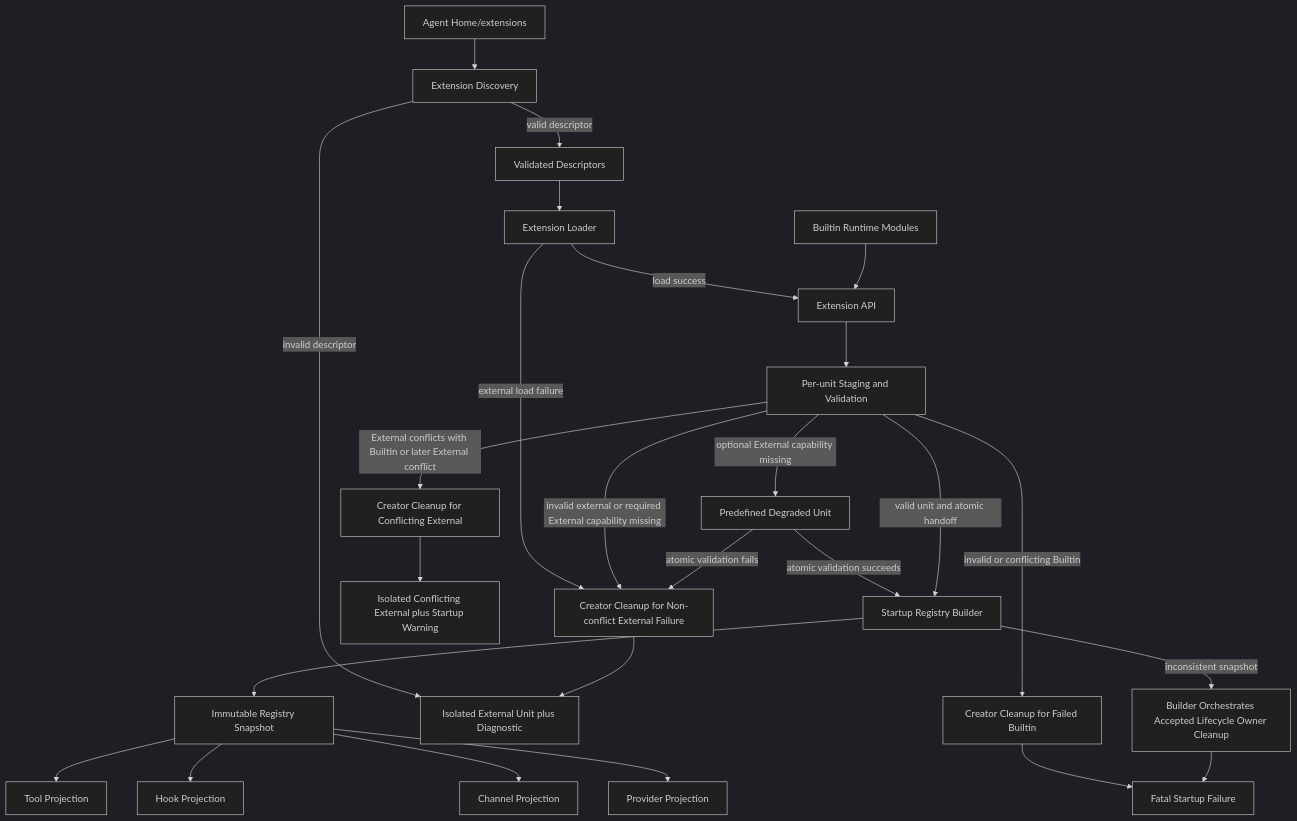
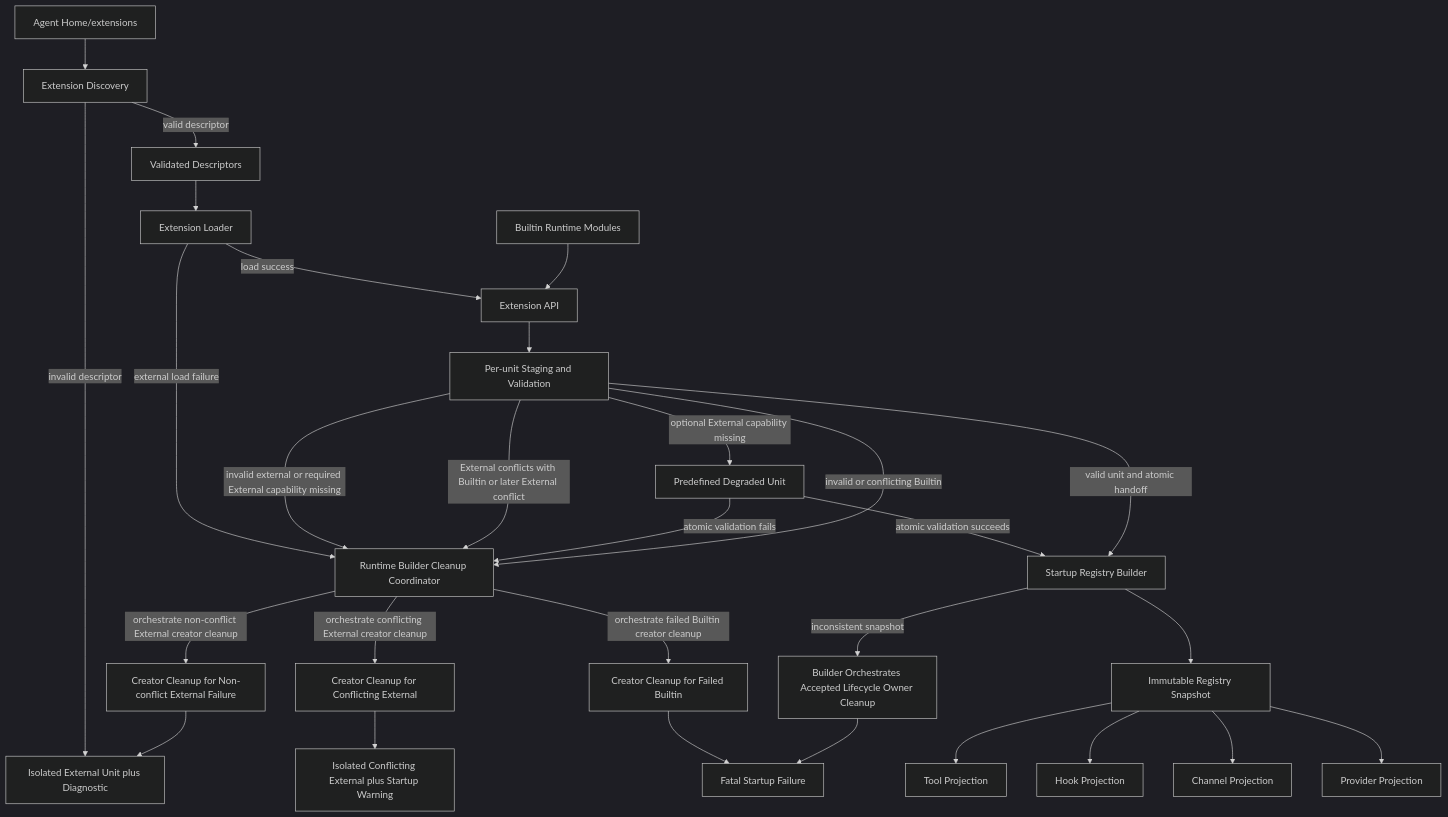
Before and after one commit to luciferwww/my-agent: the fifth of 14 diagrams in docs/architecture/target-architecture.md, drawn with Mermaid (dark theme). The commit also changed other lines of this file and 4 other files, not shown here.

Commit message:
docs: accept AF-03 target architecture

````diff
--- a/docs/architecture/target-architecture.md
+++ b/docs/architecture/target-architecture.md
@@ -642,47 +661,51 @@
 ```mermaid
 flowchart TB
 	Home[Agent Home/extensions]
 	Discovery[Extension Discovery]
 	Descriptors[Validated Descriptors]
 	Loader[Extension Loader]
 	Builtins[Builtin Runtime Modules]
 	Api[Extension API]
 	Stage[Per-unit Staging and Validation]
+	Builder[Runtime Builder Cleanup Coordinator]
 	Degraded[Predefined Degraded Unit]
 	ExternalCleanup[Creator Cleanup for Non-conflict External Failure]
 	ConflictCleanup[Creator Cleanup for Conflicting External]
 	BuiltinCleanup[Creator Cleanup for Failed Builtin]
 	Rejected[Isolated External Unit plus Diagnostic]
 	Warning[Isolated Conflicting External plus Startup Warning]
 	Fatal[Fatal Startup Failure]
 	Registry[Startup Registry Builder]
 	AcceptedCleanup[Builder Orchestrates Accepted Lifecycle Owner Cleanup]
 	Snapshot[Immutable Registry Snapshot]
 	Tools[Tool Projection]
 	Hooks[Hook Projection]
 	Channels[Channel Projection]
 	Providers[Provider Projection]
 
 	Home --> Discovery
 	Discovery -->|valid descriptor| Descriptors --> Loader
 	Discovery -->|invalid descriptor| Rejected
 	Loader -->|load success| Api
-	Loader -->|external load failure| ExternalCleanup
+	Loader -->|external load failure| Builder
 	Builtins --> Api
 	Api --> Stage
-	Stage -->|invalid external or required External capability missing| ExternalCleanup
-	Stage -->|External conflicts with Builtin or later External conflict| ConflictCleanup
+	Stage -->|invalid external or required External capability missing| Builder
+	Stage -->|External conflicts with Builtin or later External conflict| Builder
 	Stage -->|optional External capability missing| Degraded
-	Degraded -->|atomic validation fails| ExternalCleanup
+	Degraded -->|atomic validation fails| Builder
 	Degraded -->|atomic validation succeeds| Registry
-	Stage -->|invalid or conflicting Builtin| BuiltinCleanup
+	Stage -->|invalid or conflicting Builtin| Builder
+	Builder -->|orchestrate non-conflict External creator cleanup| ExternalCleanup
+	Builder -->|orchestrate conflicting External creator cleanup| ConflictCleanup
+	Builder -->|orchestrate failed Builtin creator cleanup| BuiltinCleanup
 	ExternalCleanup --> Rejected
 	ConflictCleanup --> Warning
 	BuiltinCleanup --> Fatal
 	Stage -->|valid unit and atomic handoff| Registry --> Snapshot
 	Registry -->|inconsistent snapshot| AcceptedCleanup --> Fatal
 	Snapshot --> Tools
 	Snapshot --> Hooks
 	Snapshot --> Channels
 	Snapshot --> Providers
 ```
````
